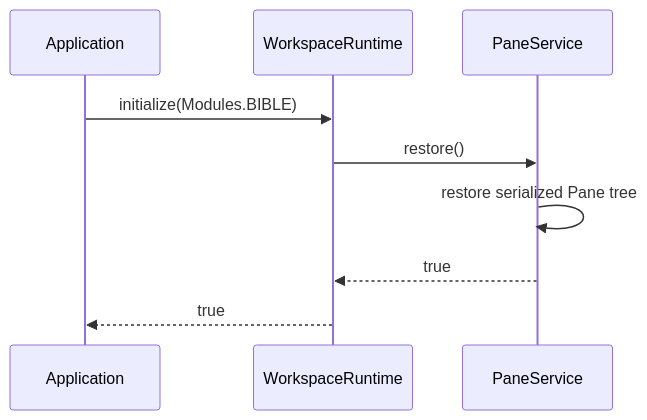
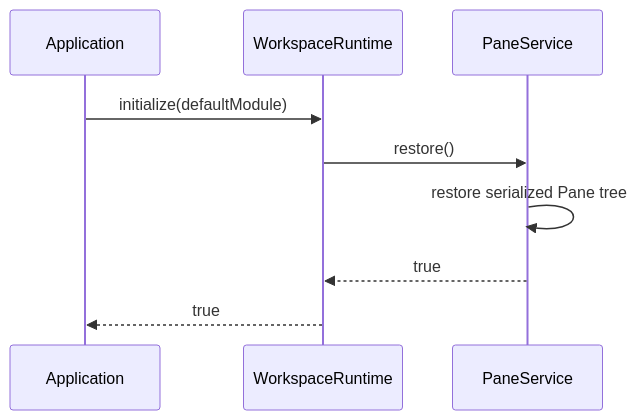
One commit to kjvonly/kjvonly.bible changed the third of 4 diagrams in docs/03_implementation/runtime/001-root-runtime.md. Above: the diagram before and after it, drawn with Mermaid. The commit also changed other lines of this file and 30 other files, not shown here.

Commit message:
* auth aware fresh workspace login * separate create account and nsec login * authenticated bootstrap after login * nsec visibility in profile module * nostr edit profile

````diff
--- a/docs/03_implementation/runtime/001-root-runtime.md
+++ b/docs/03_implementation/runtime/001-root-runtime.md
@@ -1920,12 +1958,12 @@
 ```mermaid
 sequenceDiagram
     participant App as Application
     participant Workspace as WorkspaceRuntime
     participant Panes as PaneService
 
-    App->>Workspace: initialize(Modules.BIBLE)
+    App->>Workspace: initialize(defaultModule)
     Workspace->>Panes: restore()
     Panes->>Panes: restore serialized Pane tree
     Panes-->>Workspace: true
     Workspace-->>App: true
 ```
````
